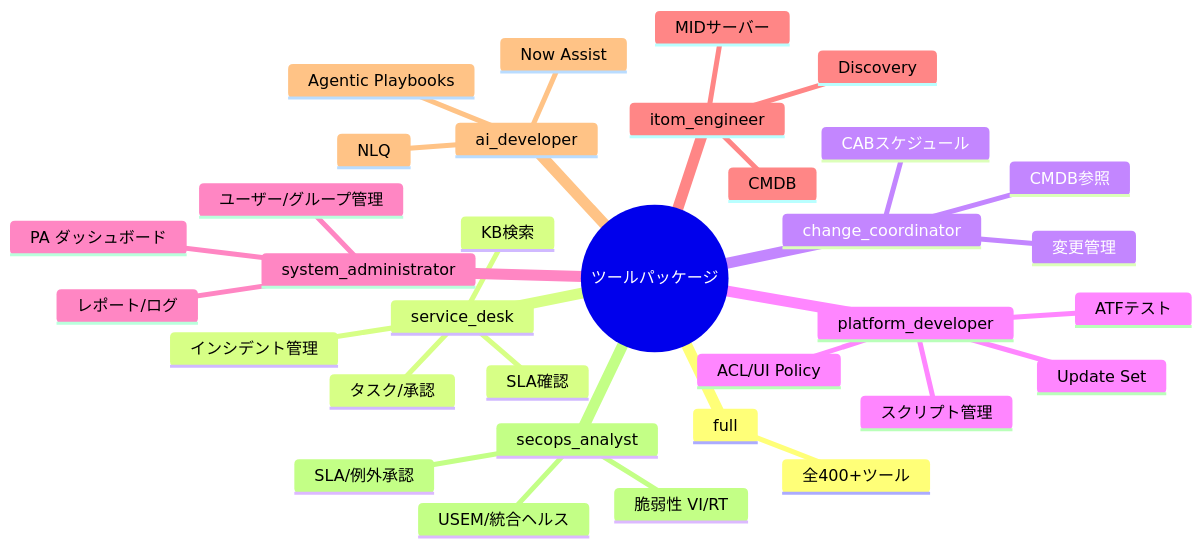
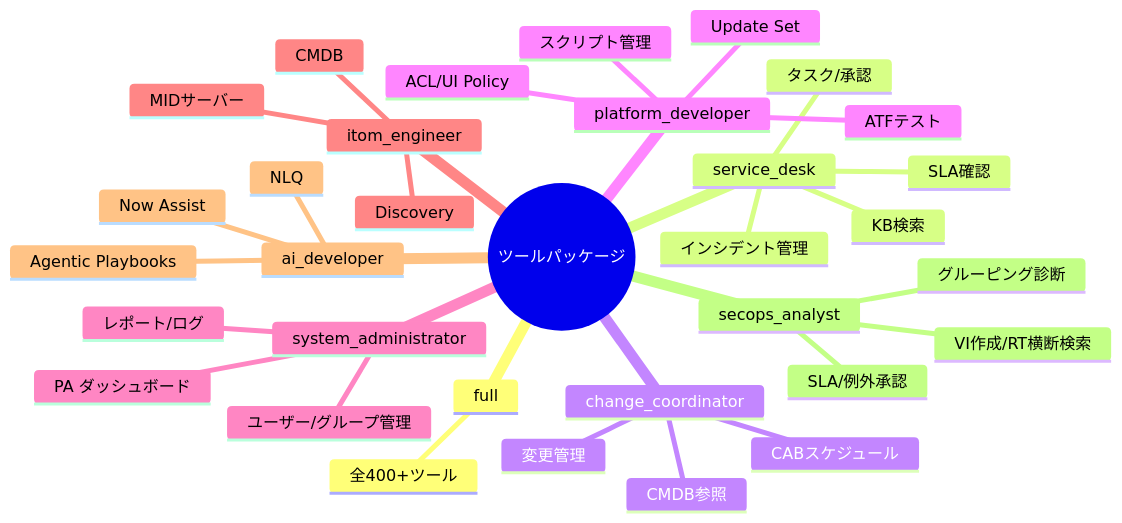
One commit to tedorigawa001/ServiceNow-MCP changed the seventh of 10 diagrams in README.md. Above: the diagram before and after it, drawn with Mermaid. The commit also changed other lines of this file and 3 other files, not shown here.

````diff
--- a/README.md
+++ b/README.md
@@ -559,36 +565,36 @@
 ```mermaid
 mindmap
   root((ツールパッケージ))
     full
       全400+ツール
     service_desk
       インシデント管理
       タスク/承認
       KB検索
       SLA確認
     change_coordinator
       変更管理
       CABスケジュール
       CMDB参照
     platform_developer
       スクリプト管理
       ACL/UI Policy
       ATFテスト
       Update Set
     system_administrator
       ユーザー/グループ管理
       レポート/ログ
       PA ダッシュボード
     itom_engineer
       CMDB
       Discovery
       MIDサーバー
     ai_developer
       Now Assist
       NLQ
       Agentic Playbooks
     secops_analyst
-      脆弱性 VI/RT
-      USEM/統合ヘルス
+      VI作成/RT横断検索
+      グルーピング診断
       SLA/例外承認
 ```
````
